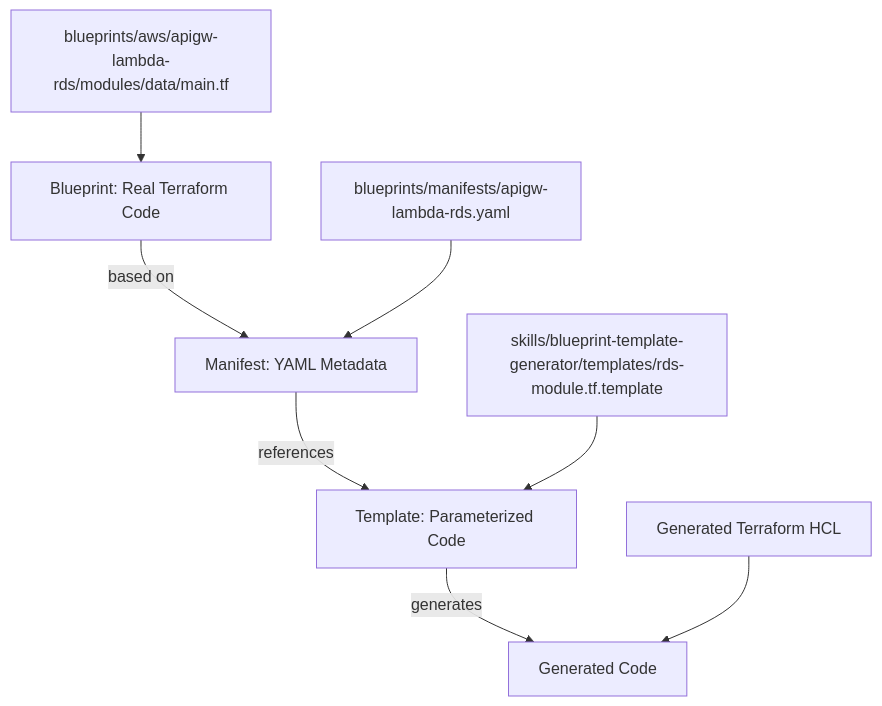
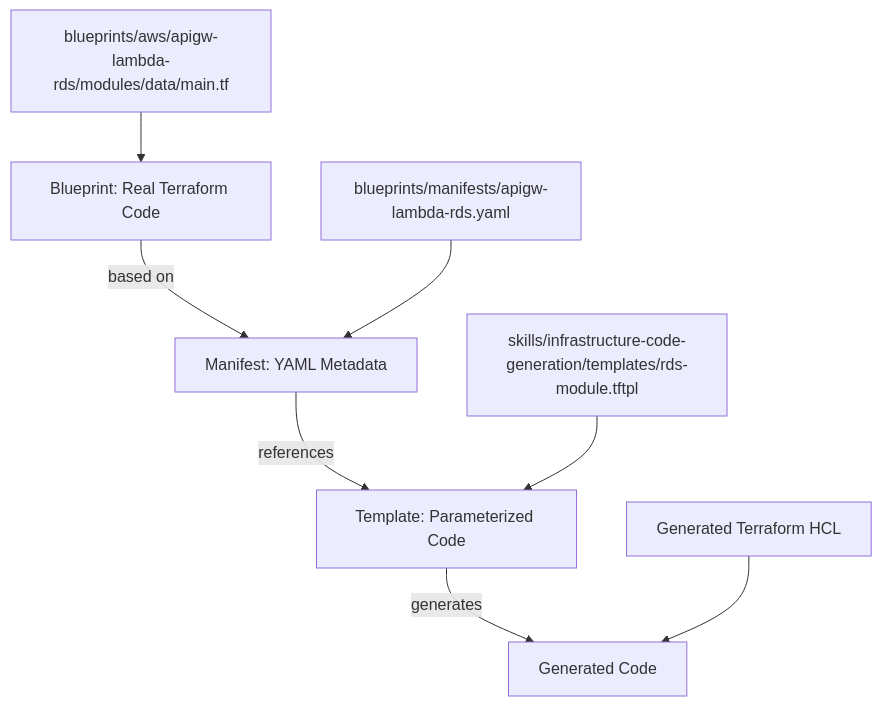
The first of 3 diagrams in docs/manifests-and-templates.md (berTrindade/terraform-infrastructure-blueprints), drawn with Mermaid before and after one commit. The commit also changed other lines of this file and 101 other files, not shown here.

````diff
--- a/docs/manifests-and-templates.md
+++ b/docs/manifests-and-templates.md
@@ -7,11 +7,11 @@
 ```mermaid
 graph TD
     A[Blueprint: Real Terraform Code] -->|based on| B[Manifest: YAML Metadata]
     B -->|references| C[Template: Parameterized Code]
     C -->|generates| D[Generated Code]
     
     A1[blueprints/aws/apigw-lambda-rds/modules/data/main.tf] --> A
     B1[blueprints/manifests/apigw-lambda-rds.yaml] --> B
-    C1[skills/blueprint-template-generator/templates/rds-module.tf.template] --> C
+    C1[skills/infrastructure-code-generation/templates/rds-module.tftpl] --> C
     D1[Generated Terraform HCL] --> D
 ```
````
